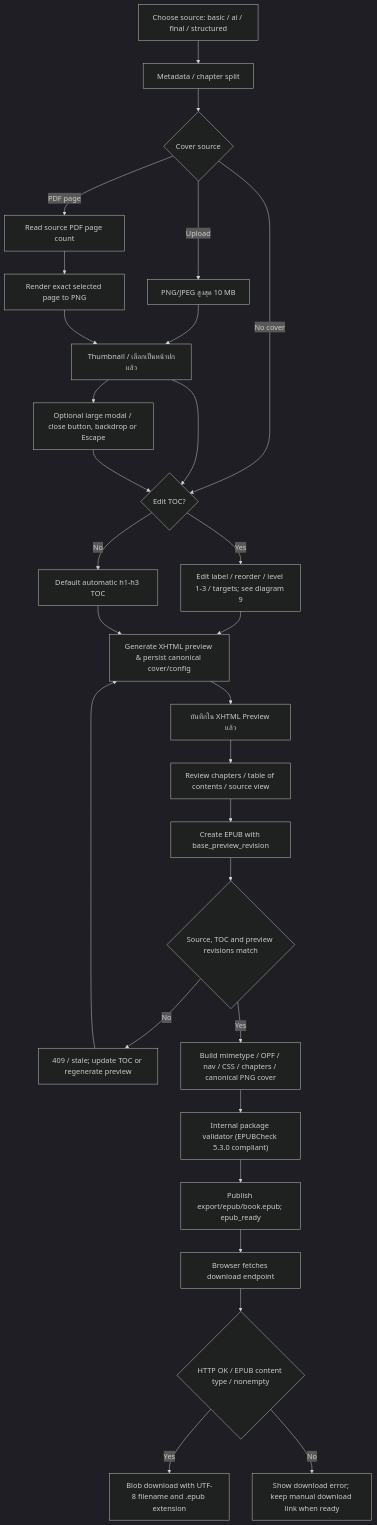
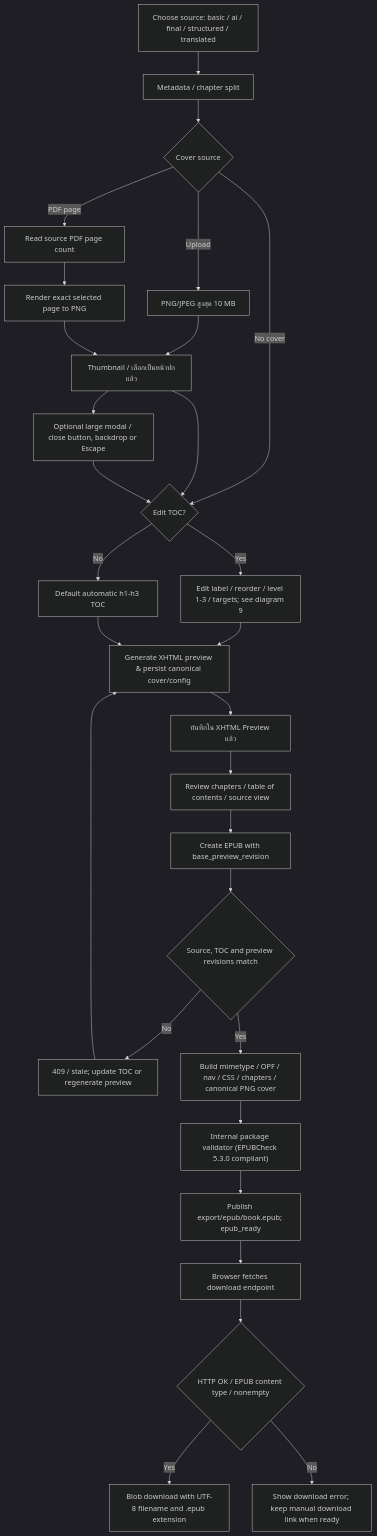
The seventh of 10 diagrams in readme.md (anuwatm/pdf-ocr-studio), drawn with Mermaid (dark theme) before and after one commit. The commit also changed other lines of this file and 62 other files, not shown here.

````diff
--- a/readme.md
+++ b/readme.md
@@ -324,31 +335,31 @@
 ```mermaid
 flowchart TD
-    Source["Choose source: basic / ai / final / structured"] --> Config["Metadata / chapter split"]
+    Source["Choose source: basic / ai / final / structured / translated"] --> Config["Metadata / chapter split"]
     Config --> Cover{"Cover source"}
     Cover -->|Upload| CoverFile["PNG/JPEG สูงสุด 10 MB"]
     Cover -->|PDF page| PdfInfo["Read source PDF page count"]
     PdfInfo --> PdfPage["Render exact selected page to PNG"]
     Cover -->|No cover| TOCEdit{"Edit TOC?"}
     CoverFile --> Selected["Thumbnail / เลือกเป็นหน้าปกแล้ว"]
     PdfPage --> Selected
     Selected --> Large["Optional large modal / close button, backdrop or Escape"]
     Selected --> TOCEdit
     Large --> TOCEdit
     TOCEdit -->|Yes| TOC["Edit label / reorder / level 1-3 / targets; see diagram 9"]
     TOCEdit -->|No| AutoTOC["Default automatic h1-h3 TOC"]
     TOC --> Preview["Generate XHTML preview & persist canonical cover/config"]
     AutoTOC --> Preview
     Preview --> Saved["บันทึกใน XHTML Preview แล้ว"]
     Saved --> Review["Review chapters / table of contents / source view"]
     Review --> Build["Create EPUB with base_preview_revision"]
     Build --> Revision{"Source, TOC and preview revisions match"}
     Revision -->|No| Stale["409 / stale; update TOC or regenerate preview"]
     Stale --> Preview
     Revision -->|Yes| Package["Build mimetype / OPF / nav / CSS / chapters / canonical PNG cover"]
     Package --> Validate["Internal package validator (EPUBCheck 5.3.0 compliant)"]
     Validate --> Ready["Publish export/epub/book.epub; epub_ready"]
     Ready --> Fetch["Browser fetches download endpoint"]
     Fetch --> Check{"HTTP OK / EPUB content type / nonempty"}
     Check -->|Yes| Download["Blob download with UTF-8 filename and .epub extension"]
     Check -->|No| Error["Show download error; keep manual download link when ready"]
 ```
````
